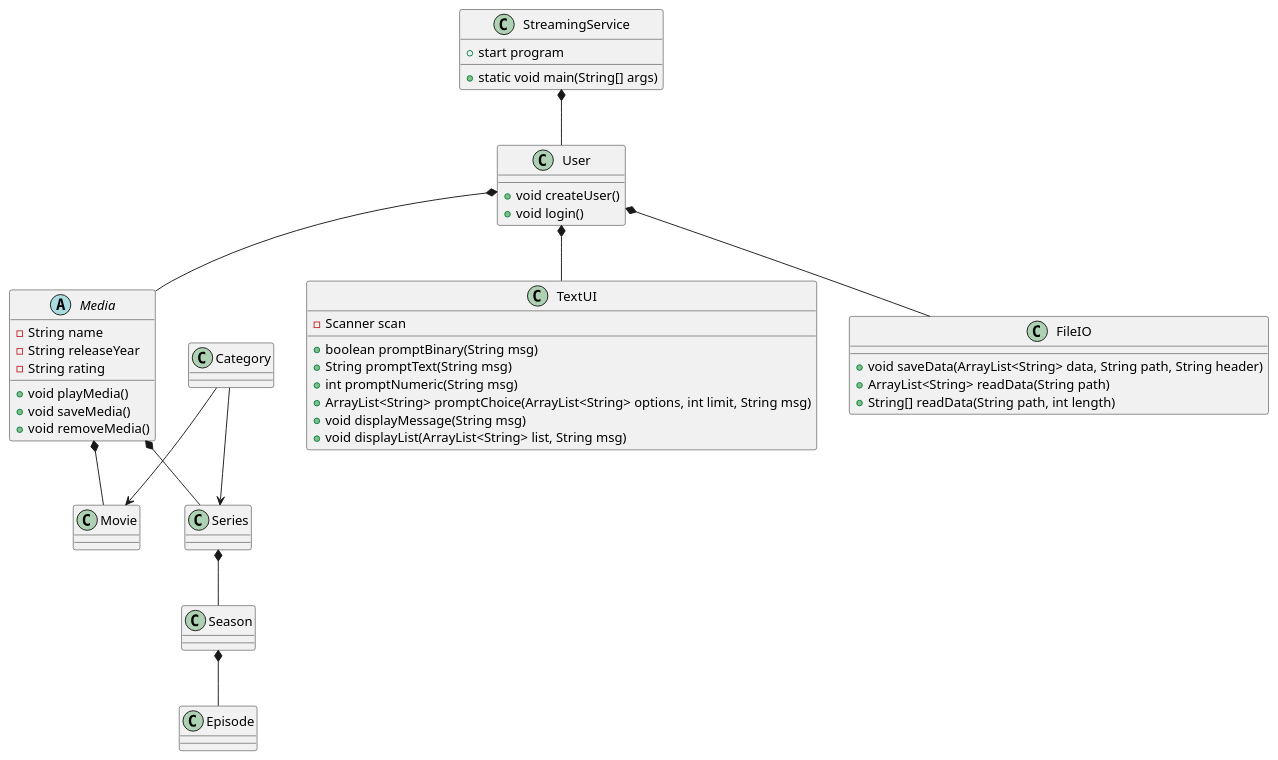
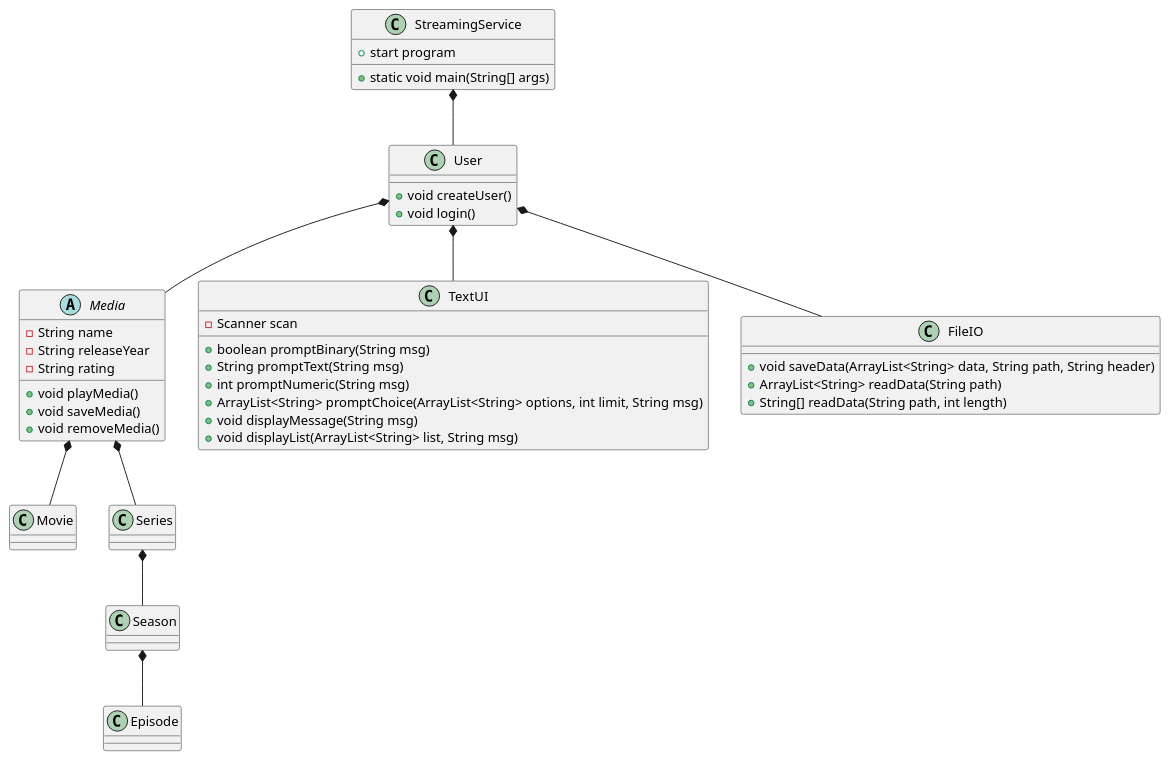
Before and after one commit to BenjaFrandsen/SP3-Grp-H: the diagram in doc/Static/ClassDiagram.puml, drawn with PlantUML. The commit also changed 3 other files, not shown here.

```diff
--- a/doc/Static/ClassDiagram.puml
+++ b/doc/Static/ClassDiagram.puml
@@ -1,79 +1,78 @@
 @startuml
 'https://plantuml.com/class-diagram
 
 class StreamingService
 class User
 abstract class Media
 class Movie
 class Series
 class Season
 class Episode
 class TextUI
 class FileIO
 
 
 class StreamingService {
 + static void main(String[] args)
 + start program
 }
 
 class TextUI{
 - Scanner scan
 + boolean promptBinary(String msg)
 + String promptText(String msg)
 + int promptNumeric(String msg)
 + ArrayList<String> promptChoice(ArrayList<String> options, int limit, String msg)
 + void displayMessage(String msg)
 + void displayList(ArrayList<String> list, String msg)
 }
 
 class FileIO{
 + void saveData(ArrayList<String> data, String path, String header)
 + ArrayList<String> readData(String path)
 + String[] readData(String path, int length)
 }
 
 class User {
 + void createUser()
 + void login()
 }
 
 
 
 abstract class Media{
 - String name
 - String releaseYear
 - String rating
 
 + void playMedia()
 + void saveMedia()
 + void removeMedia()
 }
 
 class Movie{
 }
 
 class Series{
 }
 
 
 
 StreamingService *-- User
 User *-- Media
 
 User *-- FileIO
 User *-- TextUI
 
 
 Media *-- Movie
 Media *-- Series
 Series *-- Season
 Season *-- Episode
-Category --> Movie
-Category --> Series
+
 
 
 
 
 
 @enduml
```
